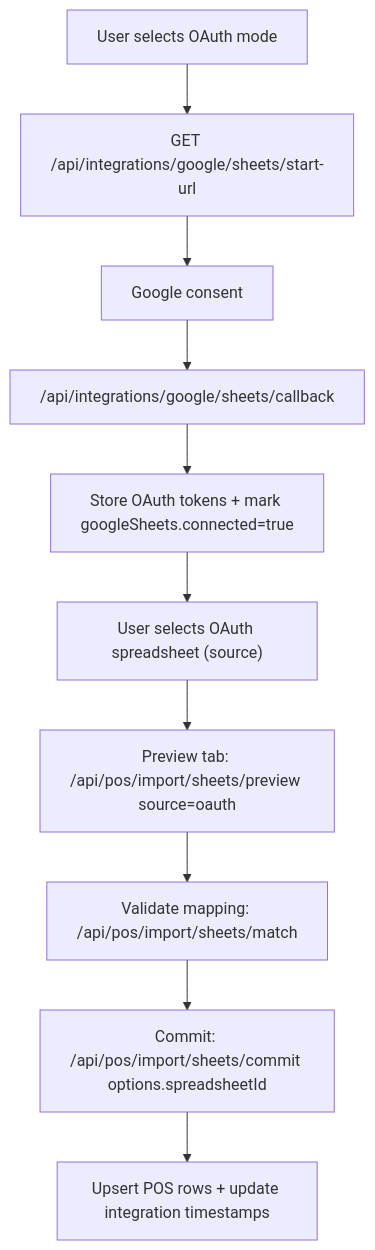
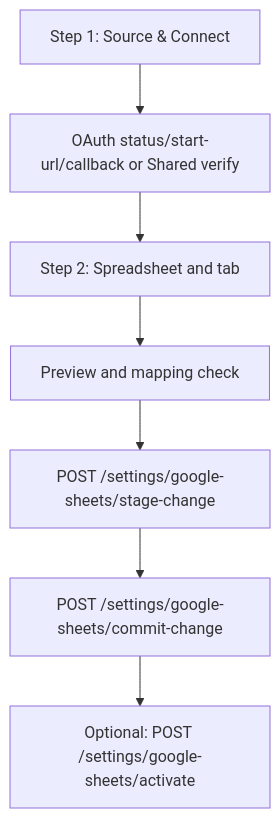
The second of 3 diagrams in docs/architecture/sheets-integration-flows.md (comp596-spring-2026/RetailSync), drawn with Mermaid before and after one commit. The commit also changed other lines of this file and 86 other files, not shown here.

Commit message:
POS Google Sync Reliability + Single Google Setup Entry Point

````diff
--- a/docs/architecture/sheets-integration-flows.md
+++ b/docs/architecture/sheets-integration-flows.md
@@ -62,12 +42,9 @@
 ```mermaid
 flowchart TD
-  A["User selects OAuth mode"] --> B["GET /api/integrations/google/sheets/start-url"]
-  B --> C["Google consent"]
-  C --> D["/api/integrations/google/sheets/callback"]
-  D --> E["Store OAuth tokens + mark googleSheets.connected=true"]
-  E --> F["User selects OAuth spreadsheet (source)"]
-  F --> G["Preview tab: /api/pos/import/sheets/preview source=oauth"]
-  G --> H["Validate mapping: /api/pos/import/sheets/match"]
-  H --> I["Commit: /api/pos/import/sheets/commit options.spreadsheetId"]
-  I --> J["Upsert POS rows + update integration timestamps"]
+  A["Step 1: Source & Connect"] --> B["OAuth status/start-url/callback or Shared verify"]
+  B --> C["Step 2: Spreadsheet and tab"]
+  C --> D["Preview and mapping check"]
+  D --> E["POST /settings/google-sheets/stage-change"]
+  E --> F["POST /settings/google-sheets/commit-change"]
+  F --> G["Optional: POST /settings/google-sheets/activate"]
 ```
````
